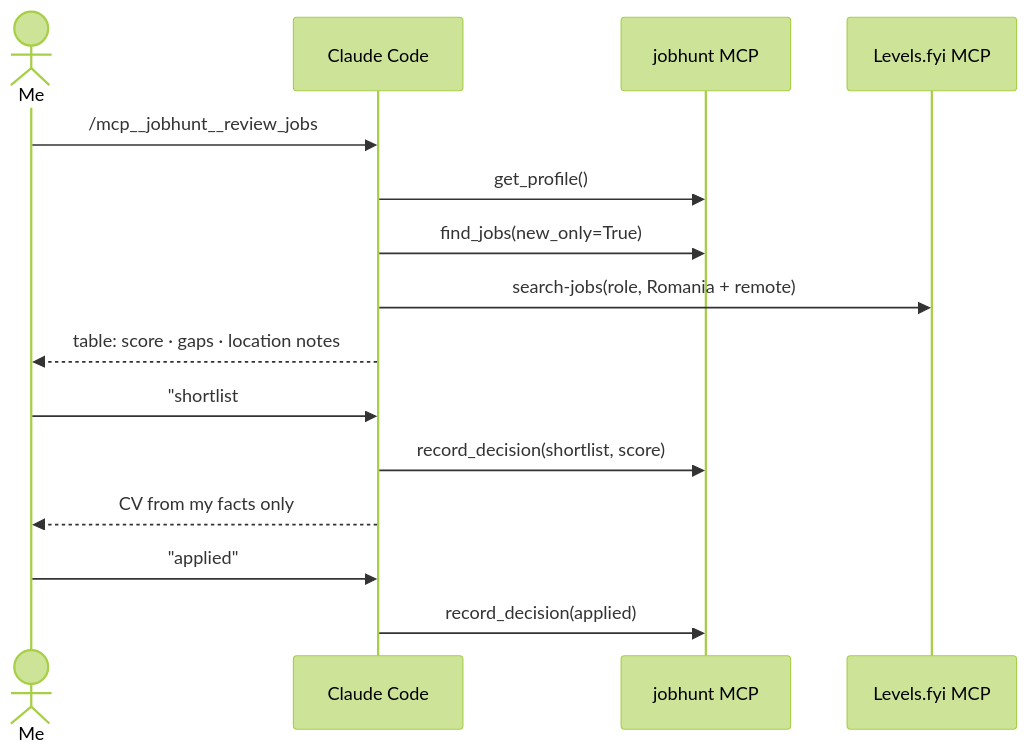
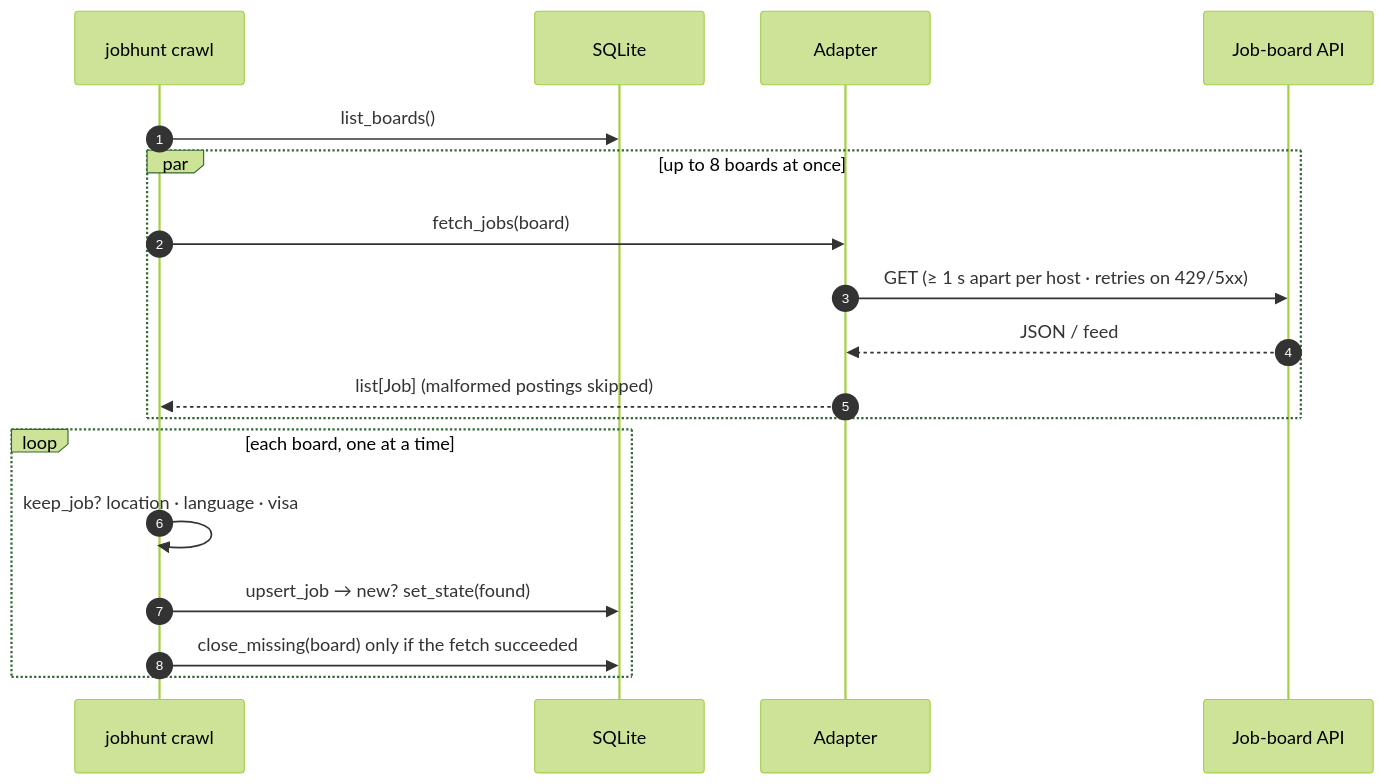
One commit to Robwert0/eu-tech-jobs changed the fourth of 7 diagrams in README.md. Above: the diagram before and after it, drawn with Mermaid (forest theme). The commit also changed other lines of this file and 1 other file, not shown here.

First line of the commit message:
docs: README for the hybrid design; companies.json with careers URLs

````diff
--- a/README.md
+++ b/README.md
@@ -158,17 +125,21 @@
 ```mermaid
 sequenceDiagram
-    actor Me
-    participant CC as Claude Code
-    participant JH as jobhunt MCP
-    participant LV as Levels.fyi MCP
-    Me->>CC: /mcp__jobhunt__review_jobs
-    CC->>JH: get_profile()
-    CC->>JH: find_jobs(new_only=True)
-    CC->>LV: search-jobs(role, Romania + remote)
-    CC-->>Me: table: score · gaps · location notes
-    Me->>CC: "shortlist #1, tailor a CV"
-    CC->>JH: record_decision(shortlist, score)
-    CC-->>Me: CV from my facts only
-    Me->>CC: "applied"
-    CC->>JH: record_decision(applied)
+    autonumber
+    participant CLI as jobhunt crawl
+    participant DB as SQLite
+    participant A as Adapter
+    participant API as Job-board API
+
+    CLI->>DB: list_boards()
+    par up to 8 boards at once
+        CLI->>A: fetch_jobs(board)
+        A->>API: GET (≥ 1 s apart per host · retries on 429/5xx)
+        API-->>A: JSON / feed
+        A-->>CLI: list[Job]  (malformed postings skipped)
+    end
+    loop each board, one at a time
+        CLI->>CLI: keep_job? location · language · visa
+        CLI->>DB: upsert_job → new? set_state(found)
+        CLI->>DB: close_missing(board)  only if the fetch succeeded
+    end
 ```
````
